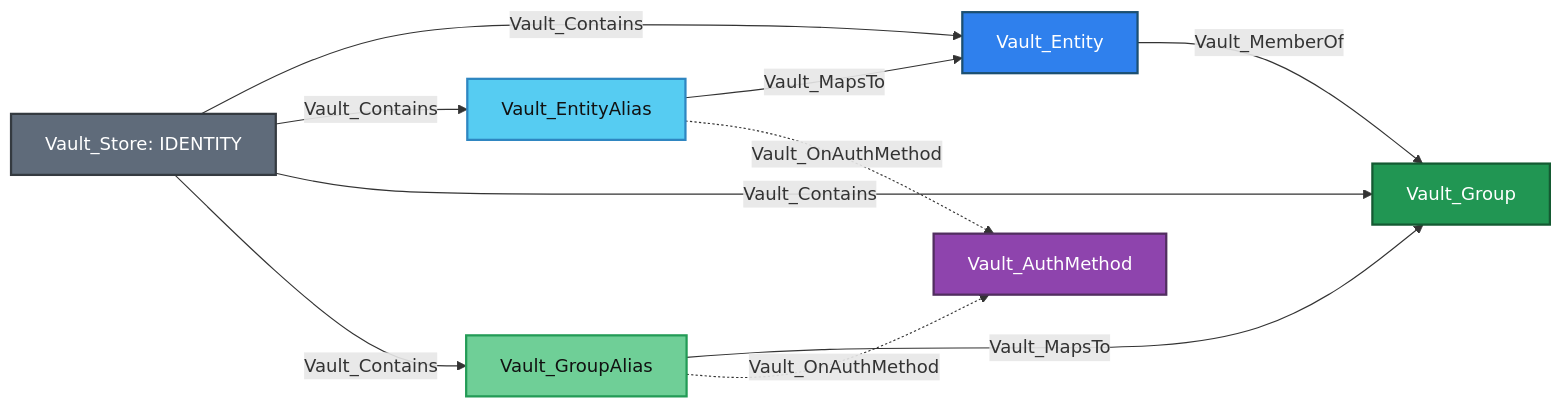
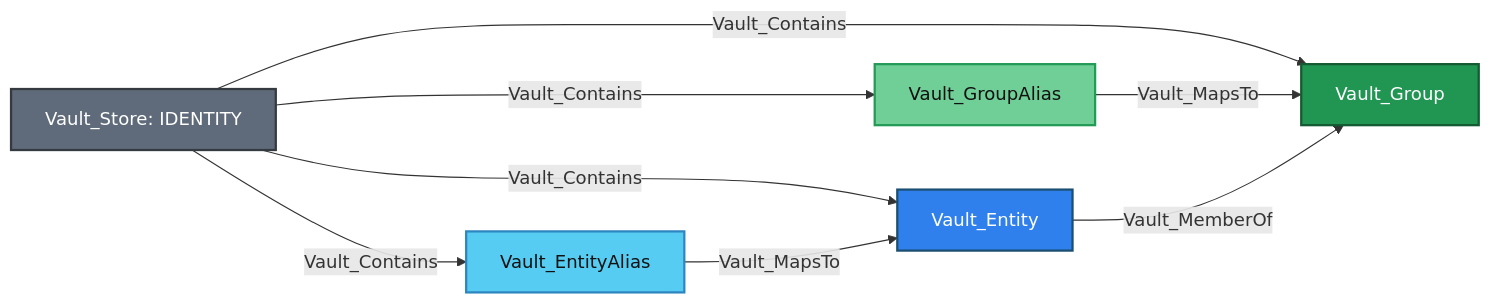
Before and after one commit to bytewreck/opengraph-vault: the second of 12 diagrams in Documentation/stores/IDENTITY.md, drawn with Mermaid.

````diff
--- a/Documentation/stores/IDENTITY.md
+++ b/Documentation/stores/IDENTITY.md
@@ -92,19 +92,17 @@
 ```mermaid
 flowchart LR
     store[Vault_Store: IDENTITY]:::storeNode -->|Vault_Contains| VE[Vault_Entity]:::entityNode
     store -->|Vault_Contains| EA[Vault_EntityAlias]:::entityAliasNode
     EA -->|Vault_MapsTo| VE
     store -->|Vault_Contains| VG[Vault_Group]:::groupNode
     store -->|Vault_Contains| GA[Vault_GroupAlias]:::groupAliasNode
     GA -->|Vault_MapsTo| VG
     VE -->|Vault_MemberOf| VG
-    EA -.->|Vault_OnAuthMethod| auth[Vault_AuthMethod]:::authNode
-    GA -.->|Vault_OnAuthMethod| auth
 
     classDef storeNode fill:#5F6B7A,color:#fff,stroke:#343A40,stroke-width:2px
     classDef entityNode fill:#2F80ED,color:#fff,stroke:#1B4F72,stroke-width:2px
     classDef entityAliasNode fill:#56CCF2,color:#111,stroke:#2E86C1,stroke-width:2px
     classDef groupNode fill:#219653,color:#fff,stroke:#145A32,stroke-width:2px
     classDef groupAliasNode fill:#6FCF97,color:#111,stroke:#239B56,stroke-width:2px
     classDef authNode fill:#8E44AD,color:#fff,stroke:#512E5F,stroke-width:2px
 ```
````
